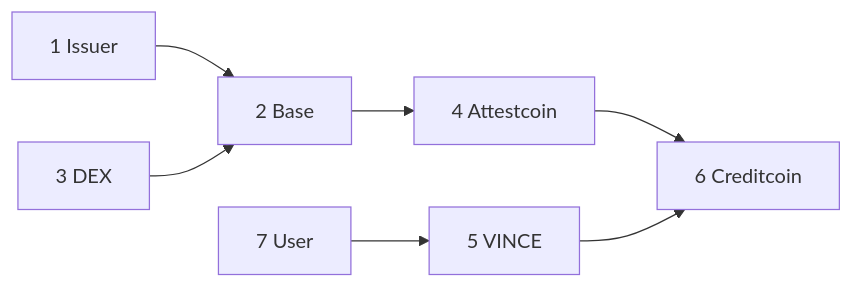
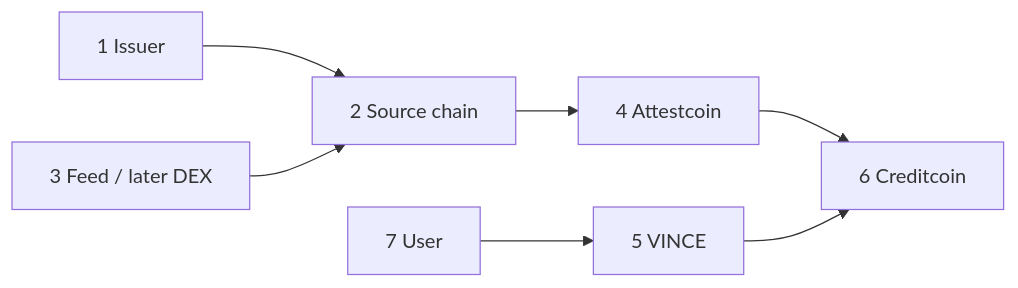
The diagram in docs/03-ECOSYSTEM.md (godspowerufot/VINCE), drawn with Mermaid before and after one commit. The commit also changed other lines of this file and 73 other files, not shown here.

````diff
--- a/docs/03-ECOSYSTEM.md
+++ b/docs/03-ECOSYSTEM.md
@@ -5,9 +5,9 @@
 ```mermaid
 flowchart LR
-  P1["1 Issuer"] --> P2["2 Base"]
-  P3["3 DEX"] --> P2
+  P1["1 Issuer"] --> P2["2 Source chain"]
+  P3["3 Feed / later DEX"] --> P2
   P2 --> P4["4 Attestcoin"]
   P4 --> P6["6 Creditcoin"]
   P5["5 VINCE"] --> P6
   P7["7 User"] --> P5
 ```
````
